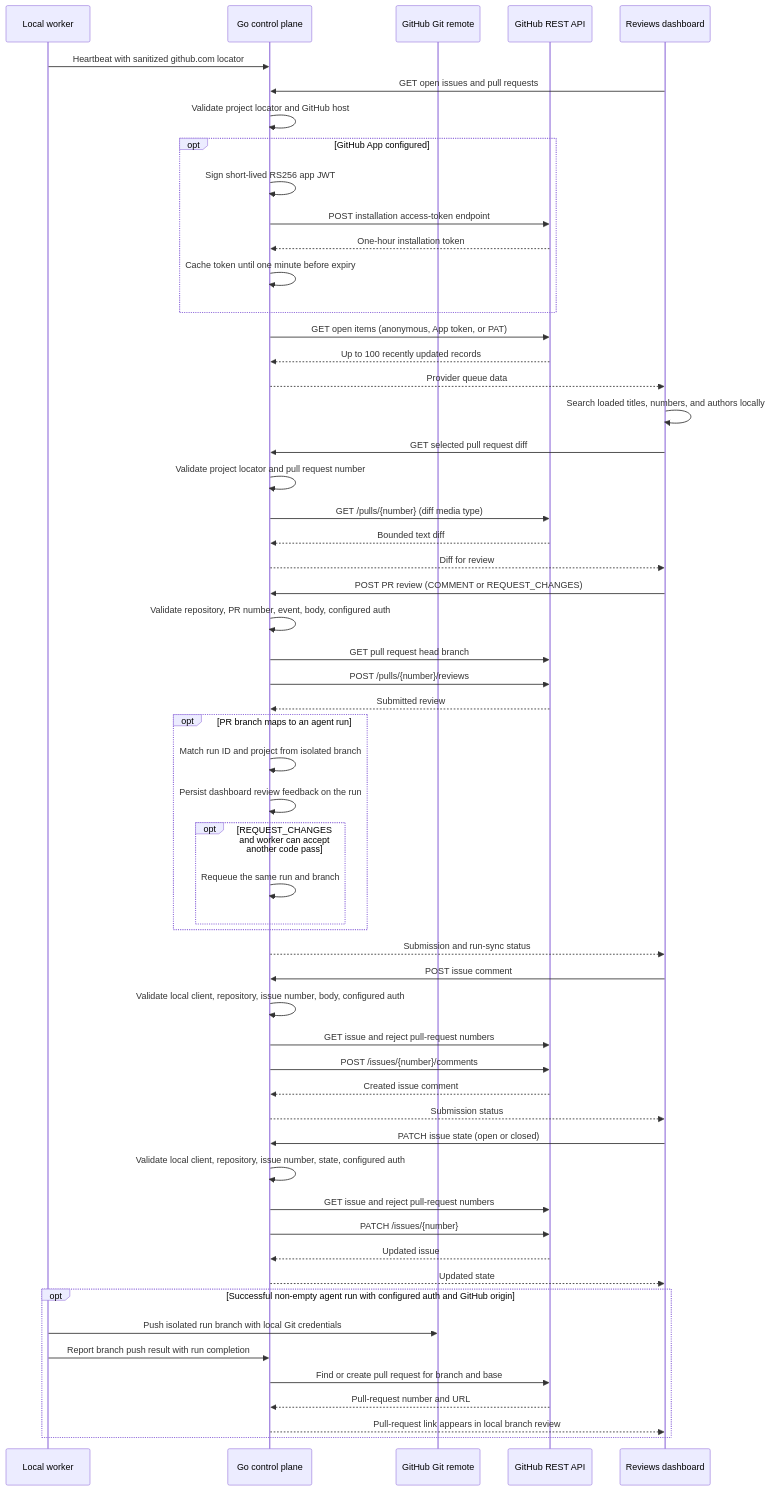
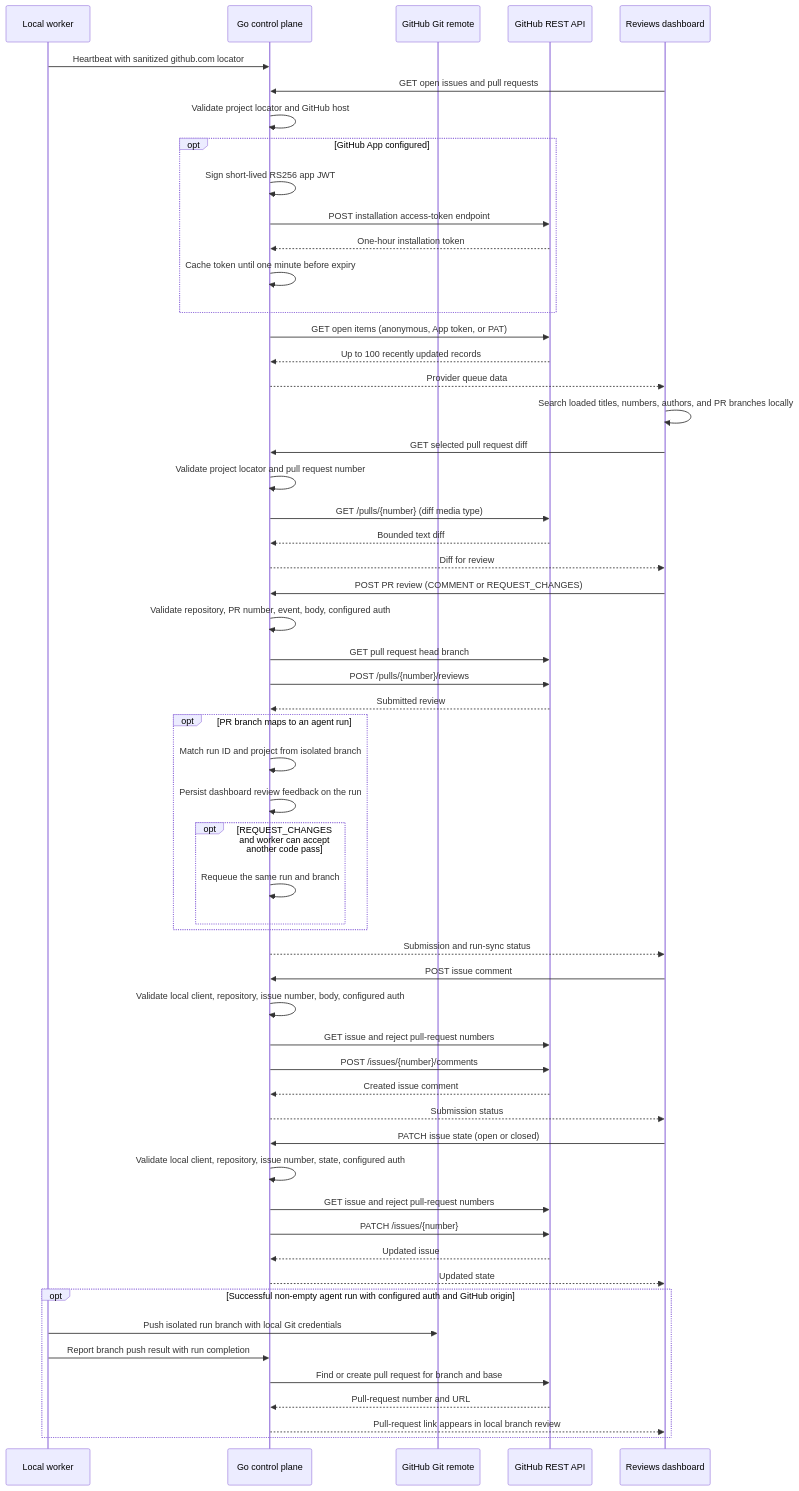
One commit to bogdaniel/zenchron-engineering-os changed the diagram in docs/features/github-review-sync.md. Above: the diagram before and after it, drawn with Mermaid. The commit also changed other lines of this file and 3 other files, not shown here.

````diff
--- a/docs/features/github-review-sync.md
+++ b/docs/features/github-review-sync.md
@@ -14,58 +14,58 @@
 ```mermaid
 sequenceDiagram
     participant Worker as Local worker
     participant API as Go control plane
     participant Remote as GitHub Git remote
     participant GH as GitHub REST API
     participant UI as Reviews dashboard
     Worker->>API: Heartbeat with sanitized github.com locator
     UI->>API: GET open issues and pull requests
     API->>API: Validate project locator and GitHub host
     opt GitHub App configured
         API->>API: Sign short-lived RS256 app JWT
         API->>GH: POST installation access-token endpoint
         GH-->>API: One-hour installation token
         API->>API: Cache token until one minute before expiry
     end
     API->>GH: GET open items (anonymous, App token, or PAT)
     GH-->>API: Up to 100 recently updated records
     API-->>UI: Provider queue data
-    UI->>UI: Search loaded titles, numbers, and authors locally
+    UI->>UI: Search loaded titles, numbers, authors, and PR branches locally
     UI->>API: GET selected pull request diff
     API->>API: Validate project locator and pull request number
     API->>GH: GET /pulls/{number} (diff media type)
     GH-->>API: Bounded text diff
     API-->>UI: Diff for review
     UI->>API: POST PR review (COMMENT or REQUEST_CHANGES)
     API->>API: Validate repository, PR number, event, body, configured auth
     API->>GH: GET pull request head branch
     API->>GH: POST /pulls/{number}/reviews
     GH-->>API: Submitted review
     opt PR branch maps to an agent run
         API->>API: Match run ID and project from isolated branch
         API->>API: Persist dashboard review feedback on the run
         opt REQUEST_CHANGES and worker can accept another code pass
             API->>API: Requeue the same run and branch
         end
     end
     API-->>UI: Submission and run-sync status
     UI->>API: POST issue comment
     API->>API: Validate local client, repository, issue number, body, configured auth
     API->>GH: GET issue and reject pull-request numbers
     API->>GH: POST /issues/{number}/comments
     GH-->>API: Created issue comment
     API-->>UI: Submission status
     UI->>API: PATCH issue state (open or closed)
     API->>API: Validate local client, repository, issue number, state, configured auth
     API->>GH: GET issue and reject pull-request numbers
     API->>GH: PATCH /issues/{number}
     GH-->>API: Updated issue
     API-->>UI: Updated state
     opt Successful non-empty agent run with configured auth and GitHub origin
         Worker->>Remote: Push isolated run branch with local Git credentials
         Worker->>API: Report branch push result with run completion
         API->>GH: Find or create pull request for branch and base
         GH-->>API: Pull-request number and URL
         API-->>UI: Pull-request link appears in local branch review
     end
 ```
````
